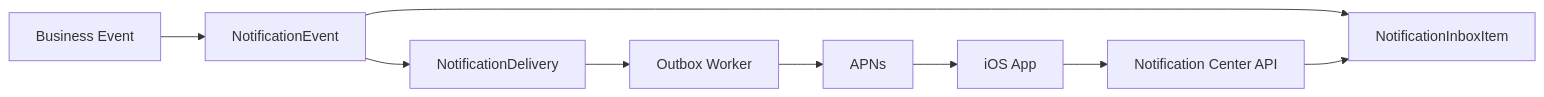
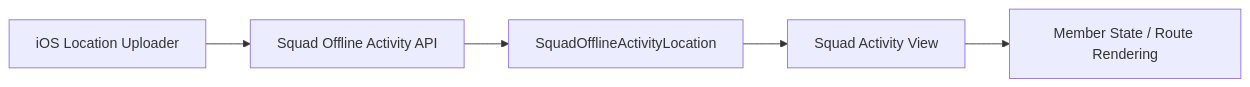
Before and after one commit to BlackiePiggy/raver: the fifth of 5 diagrams in docs/RAVER_PLATFORM_ARCHITECTURE.md, drawn with Mermaid. The commit also changed other lines of this file and 174 other files, not shown here.

````diff
--- a/docs/RAVER_PLATFORM_ARCHITECTURE.md
+++ b/docs/RAVER_PLATFORM_ARCHITECTURE.md
@@ -1194,11 +1034,7 @@
 ```mermaid
 flowchart LR
-    Event["Business Event"] --> NEvent["NotificationEvent"]
-    NEvent --> Inbox["NotificationInboxItem"]
-    NEvent --> Delivery["NotificationDelivery"]
-    Delivery --> Worker["Outbox Worker"]
-    Worker --> APNS["APNs"]
-    APNS --> IOS["iOS App"]
-    IOS --> InboxAPI["Notification Center API"]
-    InboxAPI --> Inbox
+    App["iOS Location Uploader"] --> API["Squad Offline Activity API"]
+    API --> DB["SquadOfflineActivityLocation"]
+    DB --> View["Squad Activity View"]
+    View --> Map["Member State / Route Rendering"]
 ```
````
